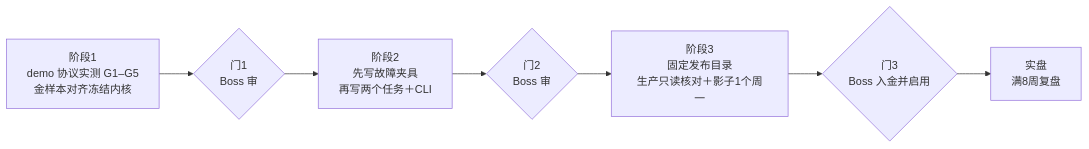
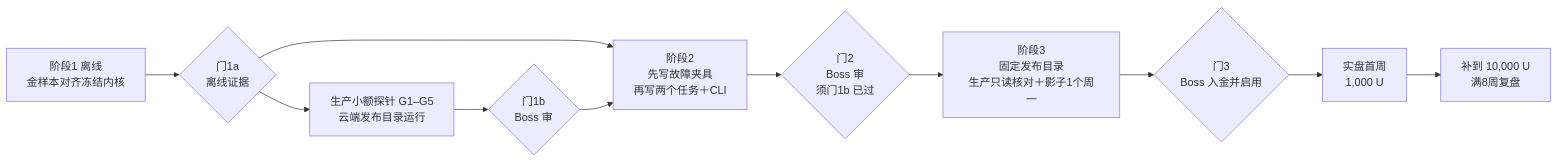
One commit to owenliang60-ship-it/finance changed the diagram in docs/plans/2026-10-20-momentum-ls-01-live-implementation.md. Above: the diagram before and after it, drawn with Mermaid. The commit also changed other lines of this file and 2 other files, not shown here.

```diff
--- a/docs/plans/2026-10-20-momentum-ls-01-live-implementation.md
+++ b/docs/plans/2026-10-20-momentum-ls-01-live-implementation.md
@@ -10,9 +10,13 @@
 ~~~mermaid
 flowchart LR
-  S1["阶段1<br/>demo 协议实测 G1–G5<br/>金样本对齐冻结内核"] --> M1{"门1<br/>Boss 审"}
+  S1["阶段1 离线<br/>金样本对齐冻结内核"] --> M1{"门1a<br/>离线证据"}
   M1 --> S2["阶段2<br/>先写故障夹具<br/>再写两个任务＋CLI"]
-  S2 --> M2{"门2<br/>Boss 审"}
+  M1 --> PB["生产小额探针 G1–G5<br/>云端发布目录运行"]
+  PB --> M1B{"门1b<br/>Boss 审"}
+  M1B --> S2
+  S2 --> M2{"门2<br/>Boss 审<br/>须门1b 已过"}
   M2 --> S3["阶段3<br/>固定发布目录<br/>生产只读核对＋影子1个周一"]
   S3 --> M3{"门3<br/>Boss 入金并启用"}
-  M3 --> L["实盘<br/>满8周复盘"]
+  M3 --> L1["实盘首周<br/>1,000 U"]
+  L1 --> L["补到 10,000 U<br/>满8周复盘"]
 ~~~
```
